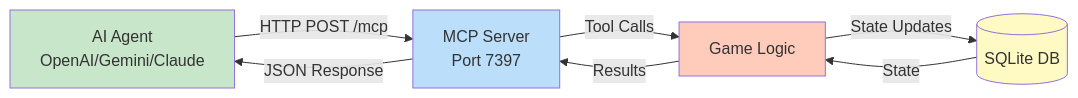
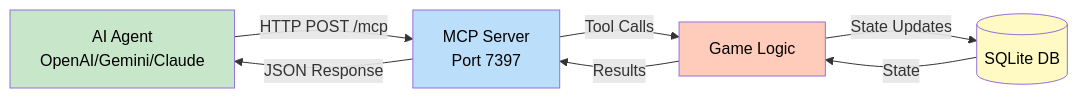
Before and after one commit to sw-game-dev/game-mcp-poc: the first of 4 diagrams in wiki/MCP-Integration.md, drawn with Mermaid. The commit also changed other lines of this file and 4 other files, not shown here.

First line of the commit message:
fix: Improve mermaid diagram text contrast

````diff
--- a/wiki/MCP-Integration.md
+++ b/wiki/MCP-Integration.md
@@ -13,14 +13,14 @@
 ```mermaid
 graph LR
     A[AI Agent<br/>OpenAI/Gemini/Claude] -->|HTTP POST /mcp| B[MCP Server<br/>Port 7397]
     B -->|Tool Calls| C[Game Logic]
     C -->|State Updates| D[(SQLite DB)]
     D -->|State| C
     C -->|Results| B
     B -->|JSON Response| A
 
-    style A fill:#c8e6c9
-    style B fill:#bbdefb
-    style C fill:#ffccbc
-    style D fill:#fff9c4
+    style A fill:#c8e6c9,color:#000
+    style B fill:#bbdefb,color:#000
+    style C fill:#ffccbc,color:#000
+    style D fill:#fff9c4,color:#000
 ```
````
